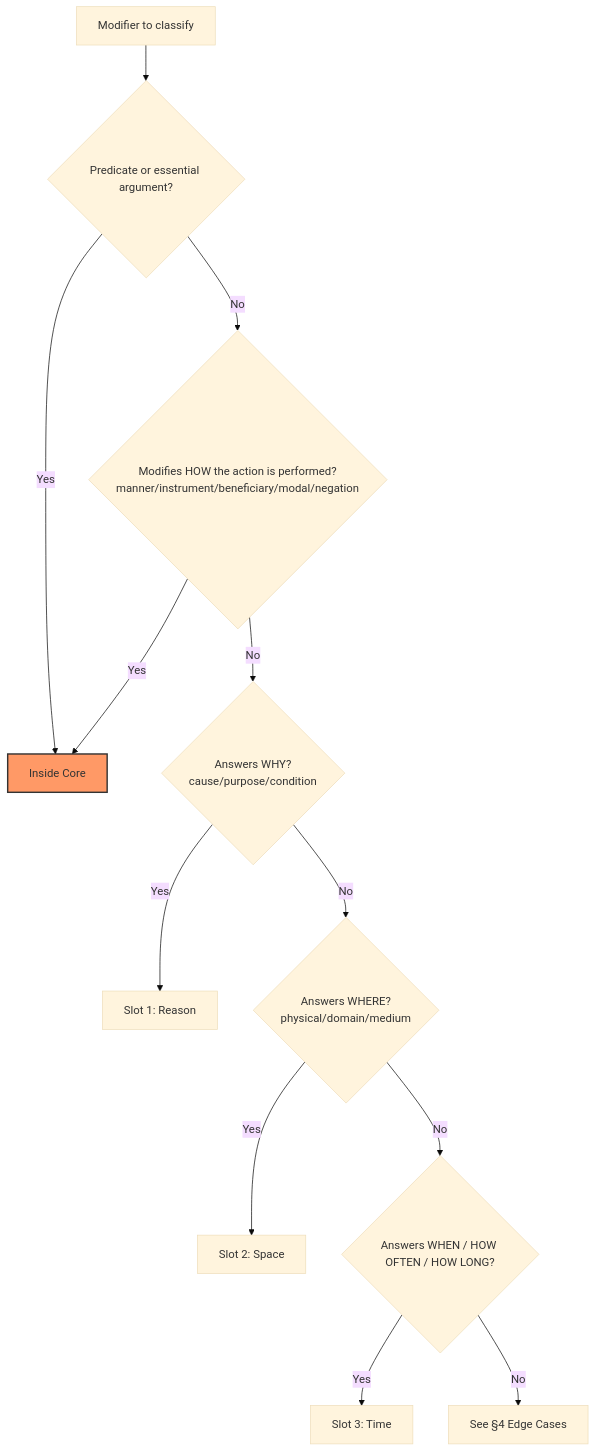
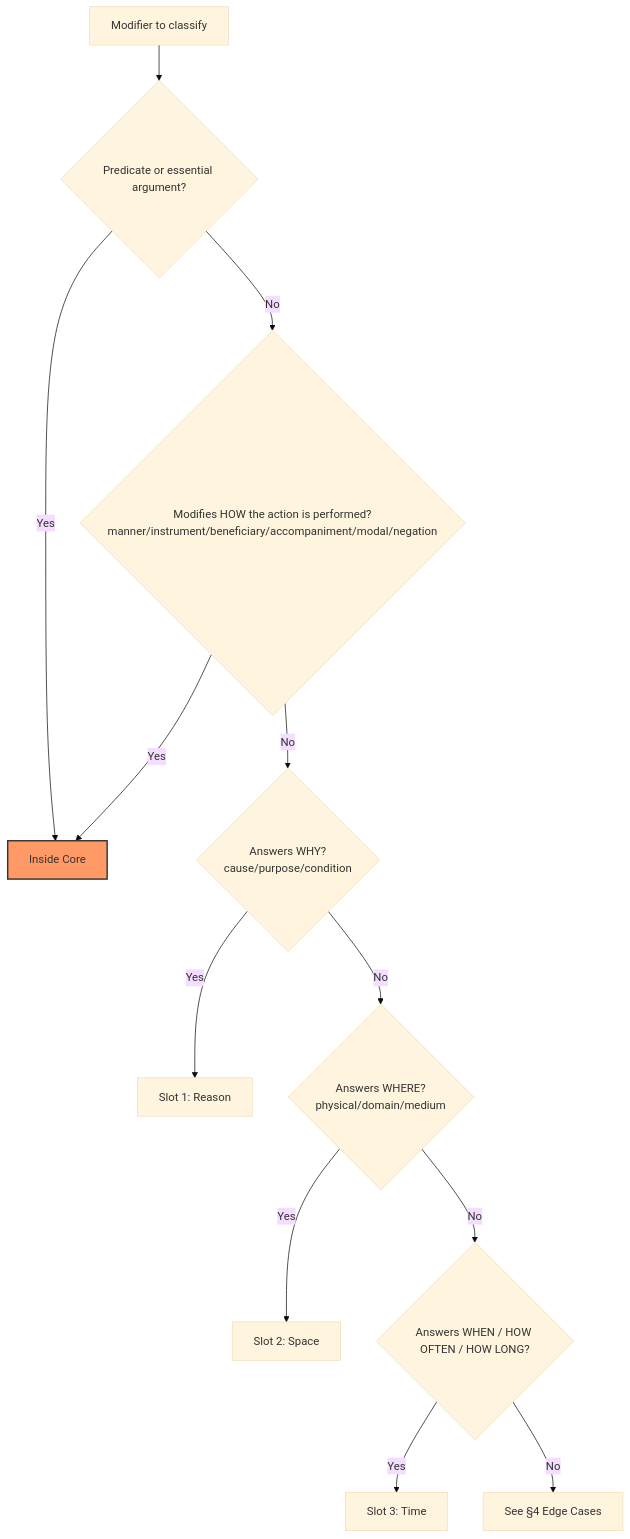
One commit to corefirst/cflt changed the diagram in docs/en/methodology/slot-disambiguation.md. Above: the diagram before and after it, drawn with Mermaid (base theme). The commit also changed 42 other files, not shown here.

````diff
--- a/docs/en/methodology/slot-disambiguation.md
+++ b/docs/en/methodology/slot-disambiguation.md
@@ -41,16 +41,16 @@
 ```mermaid
 graph TD
     Start[Modifier to classify] --> Q1{Predicate or essential argument?}
     Q1 -- Yes --> Core[Inside Core]
-    Q1 -- No --> Q2{Modifies HOW the action is performed?<br/>manner/instrument/beneficiary/modal/negation}
+    Q1 -- No --> Q2{Modifies HOW the action is performed?<br/>manner/instrument/beneficiary/accompaniment/modal/negation}
     Q2 -- Yes --> Core
     Q2 -- No --> Q3{Answers WHY?<br/>cause/purpose/condition}
     Q3 -- Yes --> R[Slot 1: Reason]
     Q3 -- No --> Q4{Answers WHERE?<br/>physical/domain/medium}
     Q4 -- Yes --> S[Slot 2: Space]
     Q4 -- No --> Q5{Answers WHEN / HOW OFTEN / HOW LONG?}
     Q5 -- Yes --> T[Slot 3: Time]
     Q5 -- No --> Edge[See §4 Edge Cases]
 
     style Core fill:#f96,stroke:#333,stroke-width:2px
 ```
````
